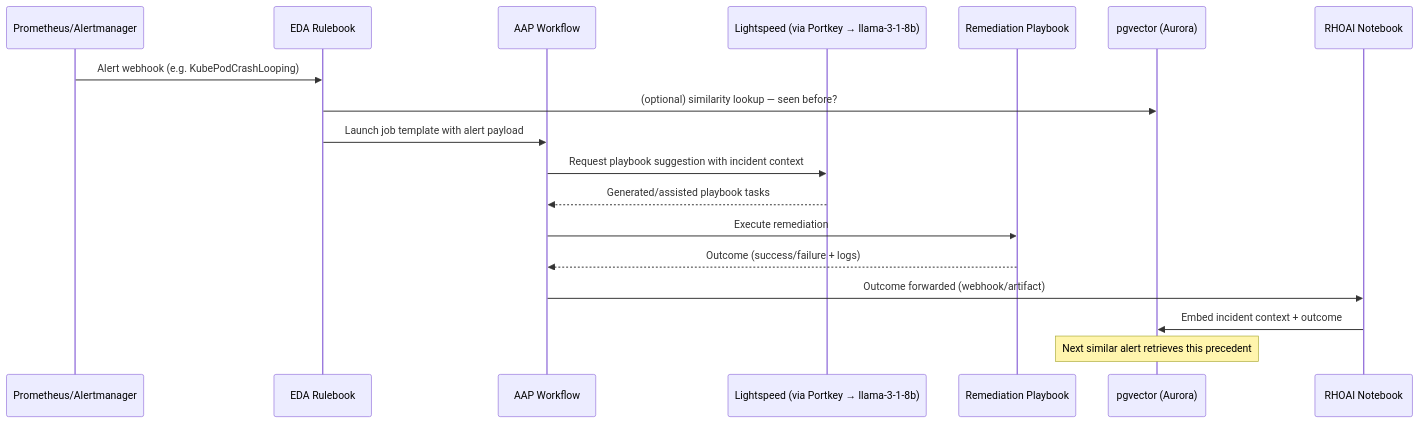
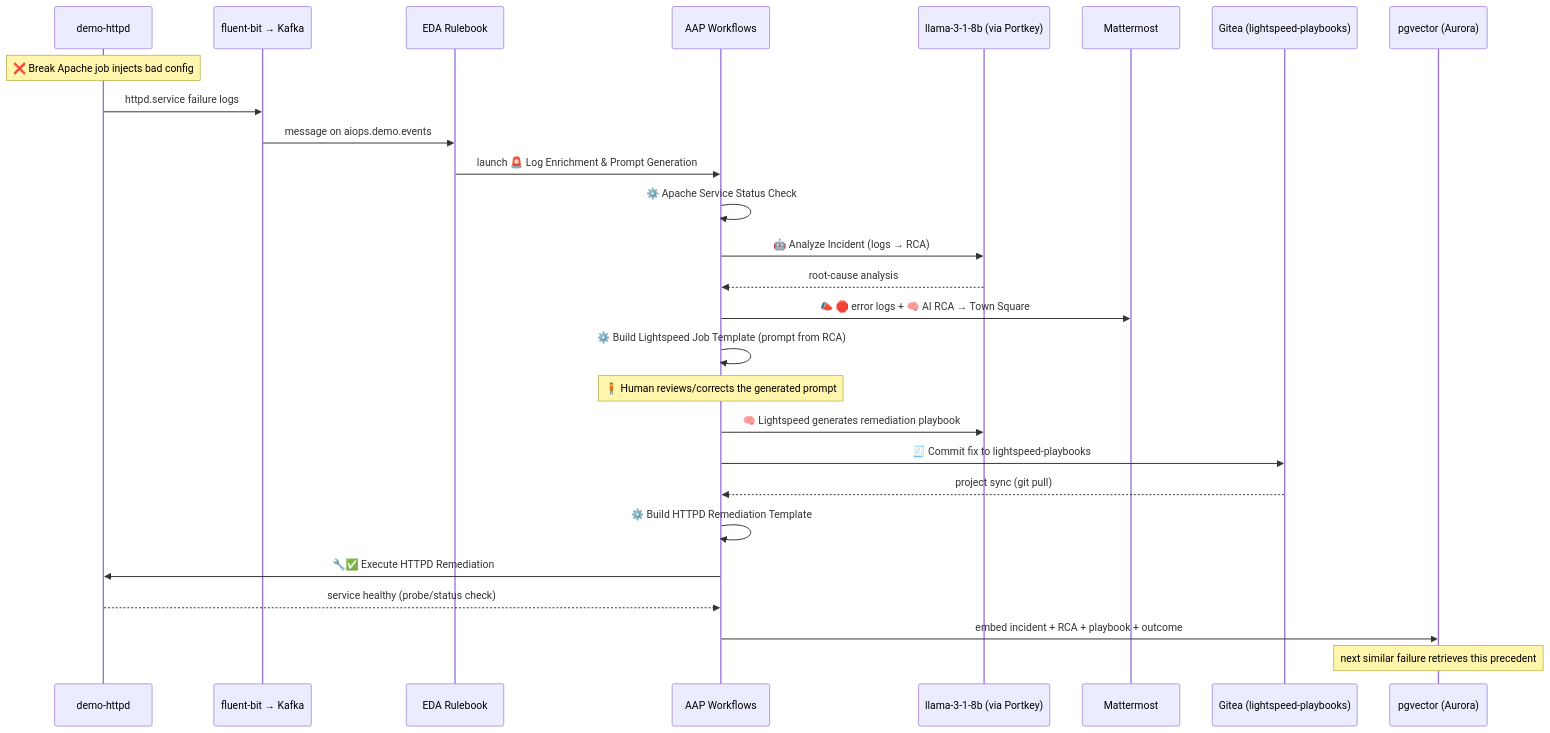
One commit to sankat447/ansible-demo-stack-aws changed the second of 2 diagrams in docs/ARCHITECTURE.md. Above: the diagram before and after it, drawn with Mermaid. The commit also changed other lines of this file and 63 other files, not shown here.

````diff
--- a/docs/ARCHITECTURE.md
+++ b/docs/ARCHITECTURE.md
@@ -67,21 +101,30 @@
 ```mermaid
 sequenceDiagram
-    participant PROM as Prometheus/Alertmanager
+    participant APP as demo-httpd
+    participant KAFKA as fluent-bit → Kafka
     participant EDA as EDA Rulebook
-    participant AAP as AAP Workflow
-    participant LS as Lightspeed (via Portkey → llama-3-1-8b)
-    participant PB as Remediation Playbook
+    participant AAP as AAP Workflows
+    participant AI as llama-3-1-8b (via Portkey)
+    participant MM as Mattermost
+    participant GIT as Gitea (lightspeed-playbooks)
     participant PGV as pgvector (Aurora)
-    participant WB as RHOAI Notebook
 
-    PROM->>EDA: Alert webhook (e.g. KubePodCrashLooping)
-    EDA->>PGV: (optional) similarity lookup — seen before?
-    EDA->>AAP: Launch job template with alert payload
-    AAP->>LS: Request playbook suggestion with incident context
-    LS-->>AAP: Generated/assisted playbook tasks
-    AAP->>PB: Execute remediation
-    PB-->>AAP: Outcome (success/failure + logs)
-    AAP->>WB: Outcome forwarded (webhook/artifact)
-    WB->>PGV: Embed incident context + outcome
-    Note over PGV: Next similar alert retrieves this precedent
+    Note over APP: ❌ Break Apache job injects bad config
+    APP->>KAFKA: httpd.service failure logs
+    KAFKA->>EDA: message on aiops.demo.events
+    EDA->>AAP: launch 🚨 Log Enrichment & Prompt Generation
+    AAP->>AAP: ⚙️ Apache Service Status Check
+    AAP->>AI: 🤖 Analyze Incident (logs → RCA)
+    AI-->>AAP: root-cause analysis
+    AAP->>MM: 📣 🛑 error logs + 🧠 AI RCA → Town Square
+    AAP->>AAP: ⚙️ Build Lightspeed Job Template (prompt from RCA)
+    Note over AAP: 🧍 Human reviews/corrects the generated prompt
+    AAP->>AI: 🧠 Lightspeed generates remediation playbook
+    AAP->>GIT: 🧾 Commit fix to lightspeed-playbooks
+    GIT-->>AAP: project sync (git pull)
+    AAP->>AAP: ⚙️ Build HTTPD Remediation Template
+    AAP->>APP: 🔧✅ Execute HTTPD Remediation
+    APP-->>AAP: service healthy (probe/status check)
+    AAP->>PGV: embed incident + RCA + playbook + outcome
+    Note over PGV: next similar failure retrieves this precedent
 ```
````
